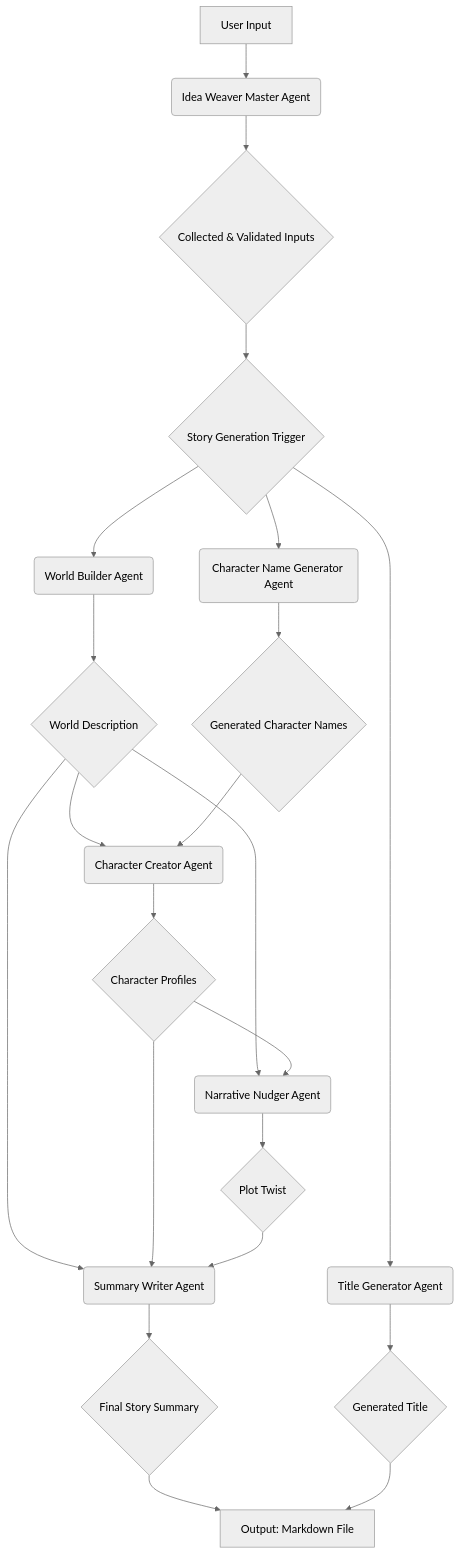
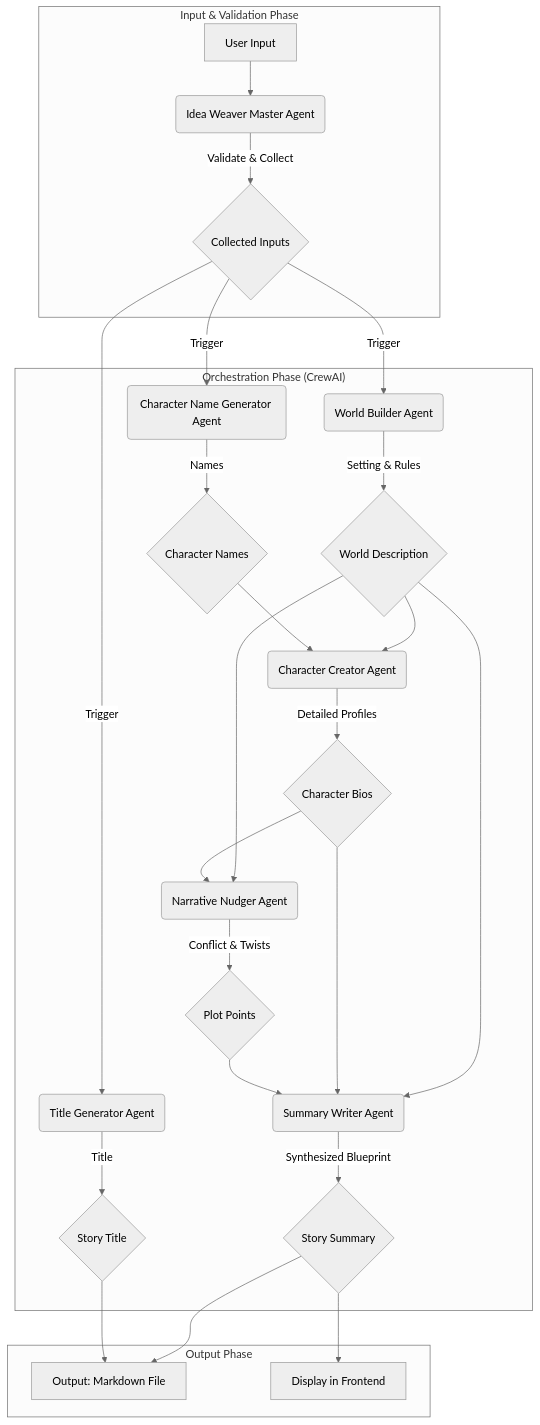
Before and after one commit to hemantjuyal/ideaWeaver: the diagram in README.md, drawn with Mermaid (neutral theme). The commit also changed other lines of this file, not shown here.

````diff
--- a/README.md
+++ b/README.md
@@ -11,19 +37,31 @@
 ```mermaid
 graph TD
-    A[User Input] --> B(Idea Weaver Master Agent);
-    B --> C{Collected & Validated Inputs};
-    C --> D{Story Generation Trigger};
-    D --> E(World Builder Agent);
-    D --> F(Character Name Generator Agent);
-    D --> G(Title Generator Agent);
-    E --> H{World Description};
-    F --> I{Generated Character Names};
-    G --> J{Generated Title};
-    H & I --> K(Character Creator Agent);
-    K --> L{Character Profiles};
-    H & L --> M(Narrative Nudger Agent);
-    M --> N{Plot Twist};
-    H & L & N --> O(Summary Writer Agent);
-    O --> P{Final Story Summary};
-    P & J --> Q[Output: Markdown File];
+    subgraph "Input & Validation Phase"
+        U[User Input] --> MA(Idea Weaver Master Agent)
+        MA --> |Validate & Collect| CI{Collected Inputs}
+    end
+
+    subgraph "Orchestration Phase (CrewAI)"
+        CI --> |Trigger| WB(World Builder Agent)
+        CI --> |Trigger| TGA(Title Generator Agent)
+        CI --> |Trigger| CNGA(Character Name Generator Agent)
+        
+        WB --> |Setting & Rules| W_OUT{World Description}
+        CNGA --> |Names| N_OUT{Character Names}
+        TGA --> |Title| T_OUT{Story Title}
+
+        W_OUT & N_OUT --> CC(Character Creator Agent)
+        CC --> |Detailed Profiles| C_OUT{Character Bios}
+
+        W_OUT & C_OUT --> NN(Narrative Nudger Agent)
+        NN --> |Conflict & Twists| NN_OUT{Plot Points}
+
+        W_OUT & C_OUT & NN_OUT --> SW(Summary Writer Agent)
+        SW --> |Synthesized Blueprint| S_OUT{Story Summary}
+    end
+
+    subgraph "Output Phase"
+        S_OUT & T_OUT --> MD[Output: Markdown File]
+        S_OUT --> UI[Display in Frontend]
+    end
 ```
````
